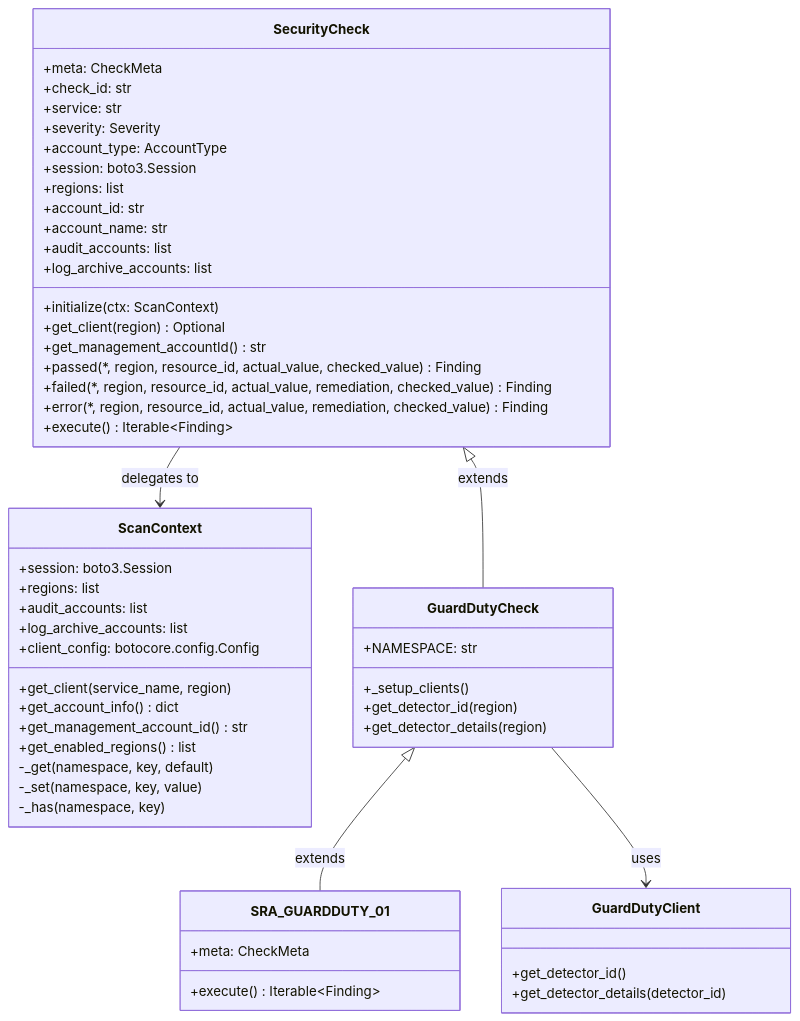
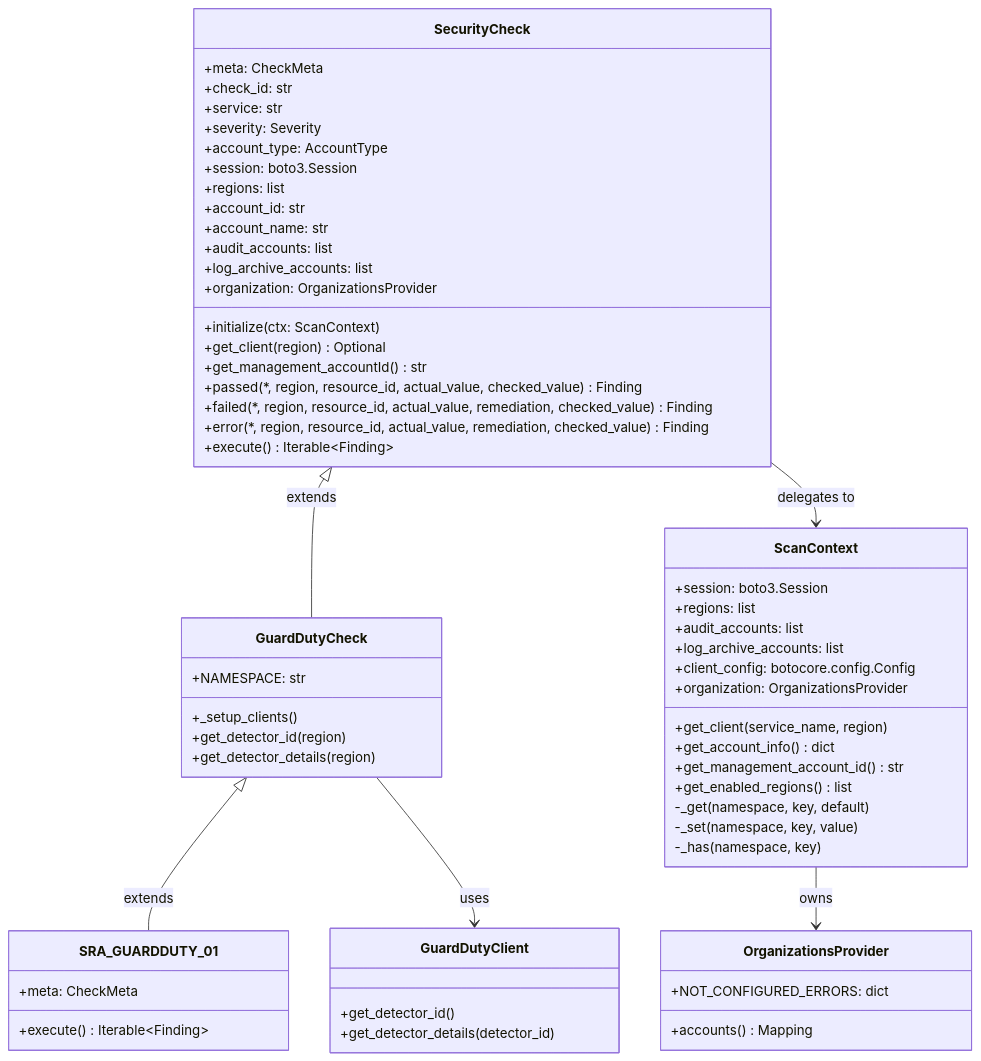
Before and after one commit to awslabs/sra-verify: the diagram in sraverify/README.md, drawn with Mermaid. The commit also changed other lines of this file and 67 other files, not shown here.

Commit message:
Add the Organizations provider: one partition-aware ListAccounts sweep per scan, reached as self.organization

````diff
--- a/sraverify/README.md
+++ b/sraverify/README.md
@@ -68,60 +83,68 @@
 ```mermaid
 classDiagram
     class SecurityCheck {
         +meta: CheckMeta
         +check_id: str
         +service: str
         +severity: Severity
         +account_type: AccountType
         +session: boto3.Session
         +regions: list
         +account_id: str
         +account_name: str
         +audit_accounts: list
         +log_archive_accounts: list
+        +organization: OrganizationsProvider
         +initialize(ctx: ScanContext)
         +get_client(region) Optional
         +get_management_accountId() str
         +passed(*, region, resource_id, actual_value, checked_value) Finding
         +failed(*, region, resource_id, actual_value, remediation, checked_value) Finding
         +error(*, region, resource_id, actual_value, remediation, checked_value) Finding
         +execute() Iterable~Finding~
     }
 
     class ScanContext {
         +session: boto3.Session
         +regions: list
         +audit_accounts: list
         +log_archive_accounts: list
         +client_config: botocore.config.Config
+        +organization: OrganizationsProvider
         +get_client(service_name, region)
         +get_account_info() dict
         +get_management_account_id() str
         +get_enabled_regions() list
         -_get(namespace, key, default)
         -_set(namespace, key, value)
         -_has(namespace, key)
+    }
+
+    class OrganizationsProvider {
+        +NOT_CONFIGURED_ERRORS: dict
+        +accounts() Mapping
     }
 
     class GuardDutyCheck {
         +NAMESPACE: str
         +_setup_clients()
         +get_detector_id(region)
         +get_detector_details(region)
     }
 
     class GuardDutyClient {
         +get_detector_id()
         +get_detector_details(detector_id)
     }
 
     class SRA_GUARDDUTY_01 {
         +meta: CheckMeta
         +execute() Iterable~Finding~
     }
 
     SecurityCheck <|-- GuardDutyCheck : extends
     GuardDutyCheck <|-- SRA_GUARDDUTY_01 : extends
     GuardDutyCheck --> GuardDutyClient : uses
     SecurityCheck --> ScanContext : delegates to
+    ScanContext --> OrganizationsProvider : owns
 ```
````
